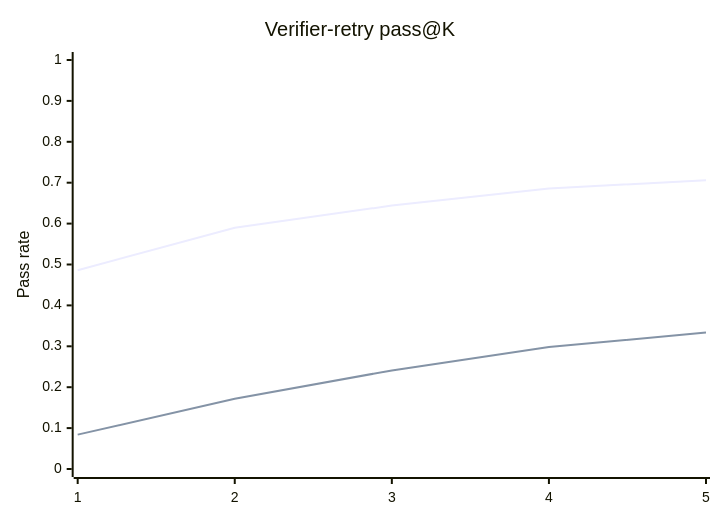
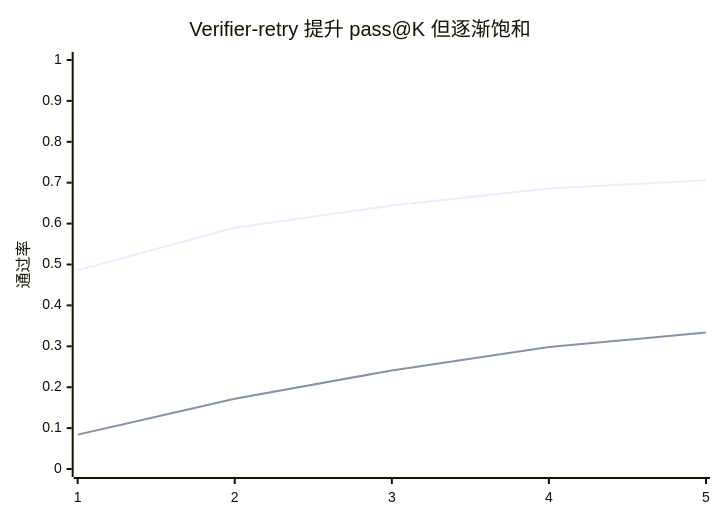
Before and after one commit to Makal0058/obsidian-: the sixth of 16 diagrams in Graph-Intervention Faithfulness草稿.md, drawn with Mermaid. The commit also changed other lines of this file, not shown here.

````diff
--- a/Graph-Intervention Faithfulness草稿.md
+++ b/Graph-Intervention Faithfulness草稿.md
@@ -1258,8 +1084,8 @@
 ```mermaid
 xychart-beta
-    title "Verifier-retry pass@K"
+    title "Verifier-retry 提升 pass@K 但逐渐饱和"
     x-axis [1, 2, 3, 4, 5]
-    y-axis "Pass rate" 0 --> 1
-    line "Flash mean" [0.486, 0.590, 0.644, 0.686, 0.706]
-    line "Qwen mean" [0.084, 0.172, 0.241, 0.298, 0.334]
+    y-axis "通过率" 0 --> 1
+    line "DeepSeek-Flash" [0.486, 0.590, 0.644, 0.686, 0.706]
+    line "Qwen-Max" [0.084, 0.172, 0.241, 0.298, 0.334]
 ```
````
